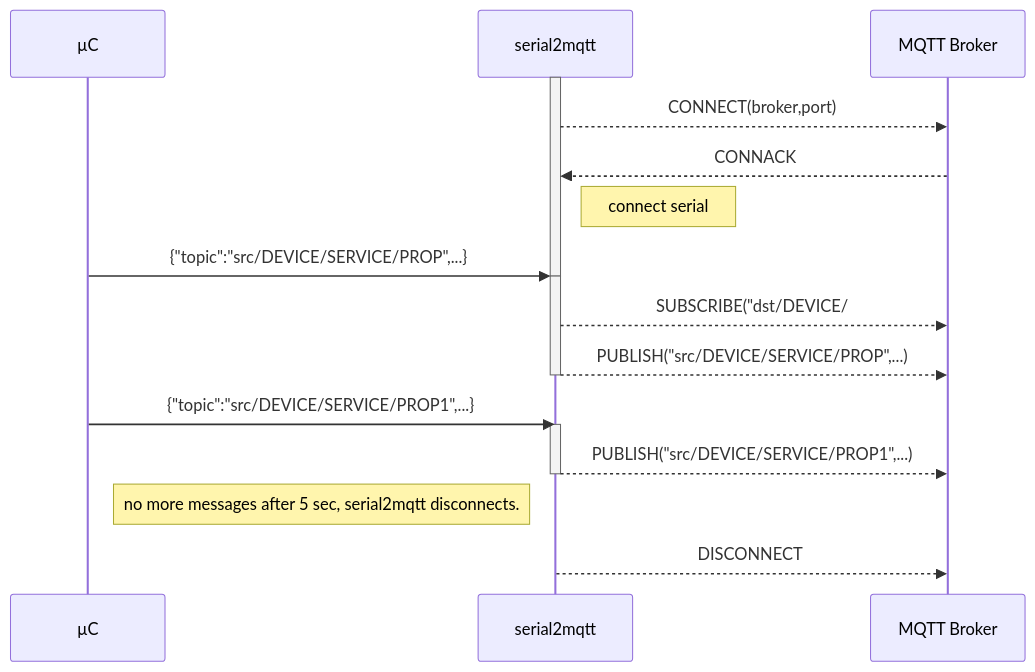
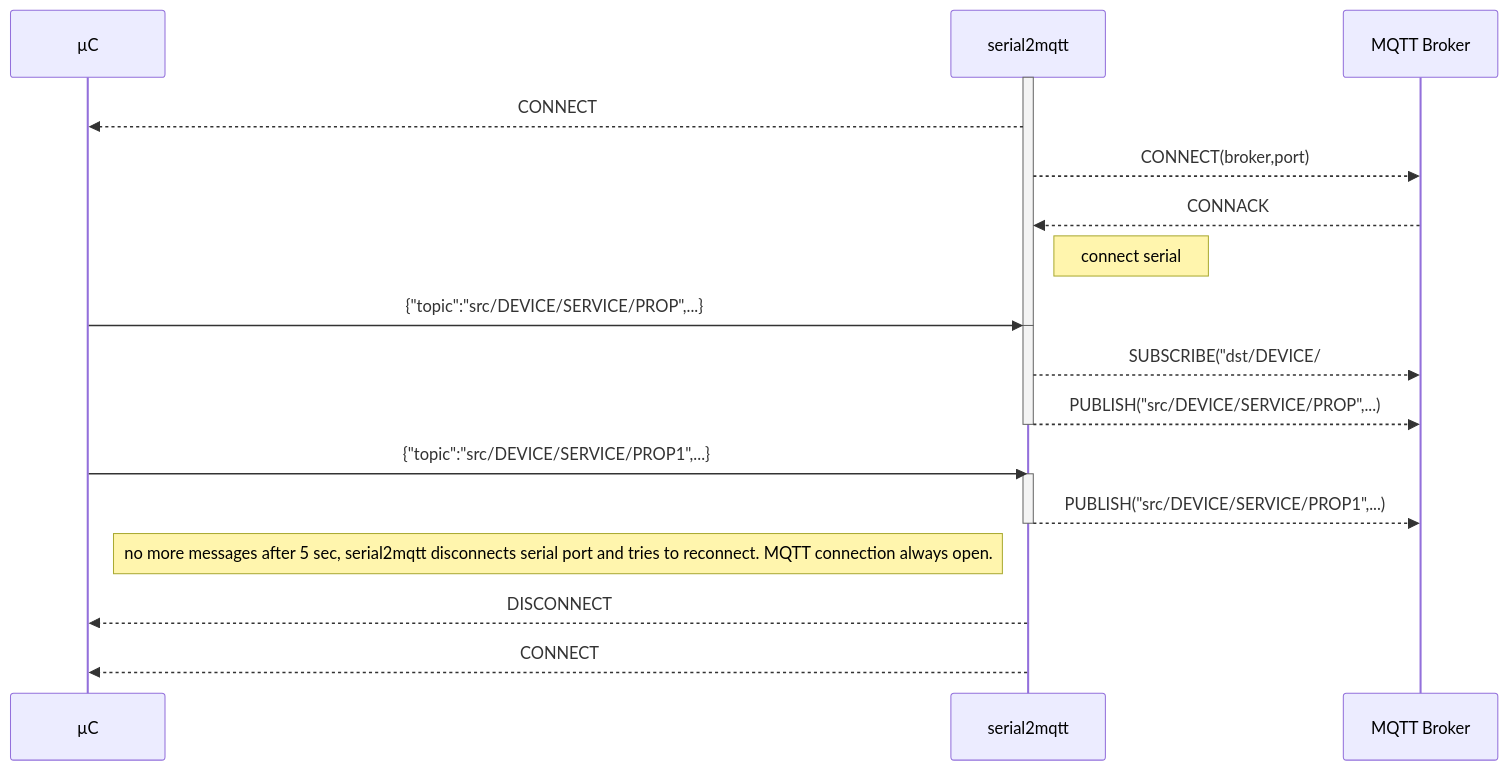
Before and after one commit to vortex314/serial2mqtt: the first of 2 diagrams in README.md, drawn with Mermaid.

Commit message:
Uploaded by https://stackedit.io/

````diff
--- a/README.md
+++ b/README.md
@@ -104,22 +104,24 @@
 ```mermaid
 sequenceDiagram
 participant µC
 participant serial2mqtt
 participant MQTT Broker
 activate serial2mqtt
+serial2mqtt-->>µC: CONNECT
 serial2mqtt-->>MQTT Broker: CONNECT(broker,port)
 MQTT Broker -->> serial2mqtt: CONNACK
 Note right of serial2mqtt: connect serial
 µC->> serial2mqtt: {"topic":"src/DEVICE/SERVICE/PROP",...}
 deactivate serial2mqtt
 activate serial2mqtt
 serial2mqtt-->>MQTT Broker: SUBSCRIBE("dst/DEVICE/#")
 serial2mqtt-->>MQTT Broker: PUBLISH("src/DEVICE/SERVICE/PROP",...)
 deactivate serial2mqtt
 µC->> serial2mqtt: {"topic":"src/DEVICE/SERVICE/PROP1",...}
 activate serial2mqtt
 serial2mqtt-->>MQTT Broker:  PUBLISH("src/DEVICE/SERVICE/PROP1",...)
 deactivate serial2mqtt
-Note right of µC: no more messages after 5 sec, serial2mqtt disconnects.
-serial2mqtt-->>MQTT Broker: DISCONNECT
+Note right of µC: no more messages after 5 sec, serial2mqtt disconnects serial port and tries to reconnect. MQTT connection always open.
+serial2mqtt-->>µC: DISCONNECT
+serial2mqtt-->>µC: CONNECT
 ```
````
